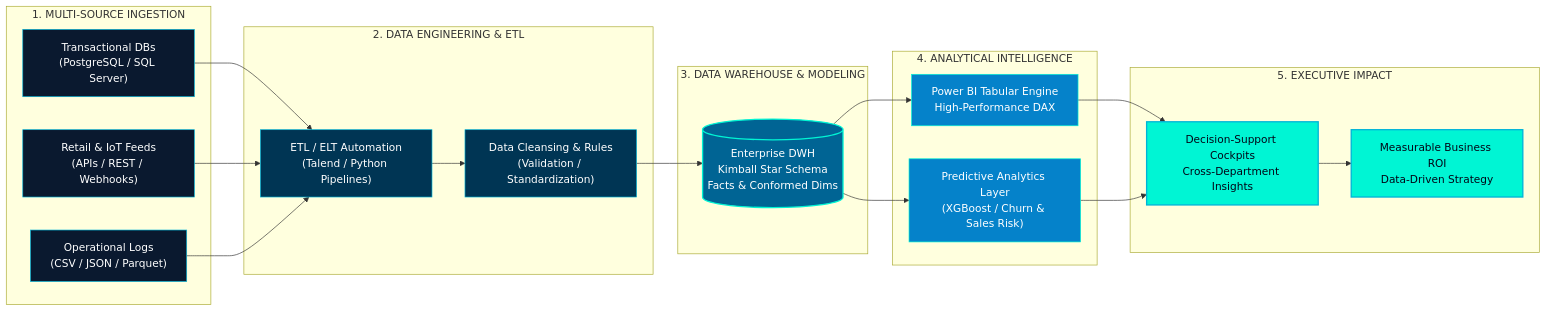
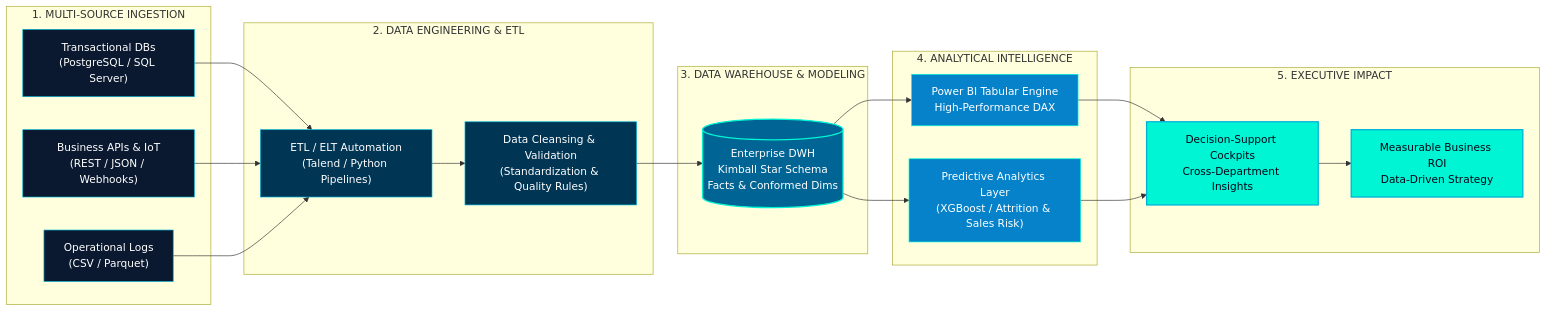
One commit to hazem897/hazem897 changed the diagram in README.md. Above: the diagram before and after it, drawn with Mermaid. The commit also changed other lines of this file, not shown here.

````diff
--- a/README.md
+++ b/README.md
@@ -119,41 +119,41 @@
 ```mermaid
 flowchart LR
     subgraph S1["1. MULTI-SOURCE INGESTION"]
         A1["Transactional DBs<br/>(PostgreSQL / SQL Server)"]
-        A2["Retail & IoT Feeds<br/>(APIs / REST / Webhooks)"]
-        A3["Operational Logs<br/>(CSV / JSON / Parquet)"]
+        A2["Business APIs & IoT<br/>(REST / JSON / Webhooks)"]
+        A3["Operational Logs<br/>(CSV / Parquet)"]
     end
 
     subgraph S2["2. DATA ENGINEERING & ETL"]
         B1["ETL / ELT Automation<br/>(Talend / Python Pipelines)"]
-        B2["Data Cleansing & Rules<br/>(Validation / Standardization)"]
+        B2["Data Cleansing & Validation<br/>(Standardization & Quality Rules)"]
     end
 
     subgraph S3["3. DATA WAREHOUSE & MODELING"]
         C1[("Enterprise DWH<br/>Kimball Star Schema<br/>Facts & Conformed Dims")]
     end
 
     subgraph S4["4. ANALYTICAL INTELLIGENCE"]
         D1["Power BI Tabular Engine<br/>High-Performance DAX"]
-        D2["Predictive Analytics Layer<br/>(XGBoost / Churn & Sales Risk)"]
+        D2["Predictive Analytics Layer<br/>(XGBoost / Attrition & Sales Risk)"]
     end
 
     subgraph S5["5. EXECUTIVE IMPACT"]
         E1["Decision-Support Cockpits<br/>Cross-Department Insights"]
         E2["Measurable Business ROI<br/>Data-Driven Strategy"]
     end
 
     A1 & A2 & A3 --> B1 --> B2 --> C1 --> D1 & D2 --> E1 --> E2
 
     classDef ing fill:#0A192F,stroke:#00B4D8,stroke-width:1px,color:#fff;
     classDef eng fill:#003554,stroke:#00B4D8,stroke-width:1px,color:#fff;
     classDef dwh fill:#006494,stroke:#00F5D4,stroke-width:2px,color:#fff;
     classDef bi fill:#0582CA,stroke:#00F5D4,stroke-width:1px,color:#fff;
     classDef val fill:#00F5D4,stroke:#00B4D8,stroke-width:2px,color:#020617;
 
     class A1,A2,A3 ing;
     class B1,B2 eng;
     class C1 dwh;
     class D1,D2 bi;
     class E1,E2 val;
 ```
````
